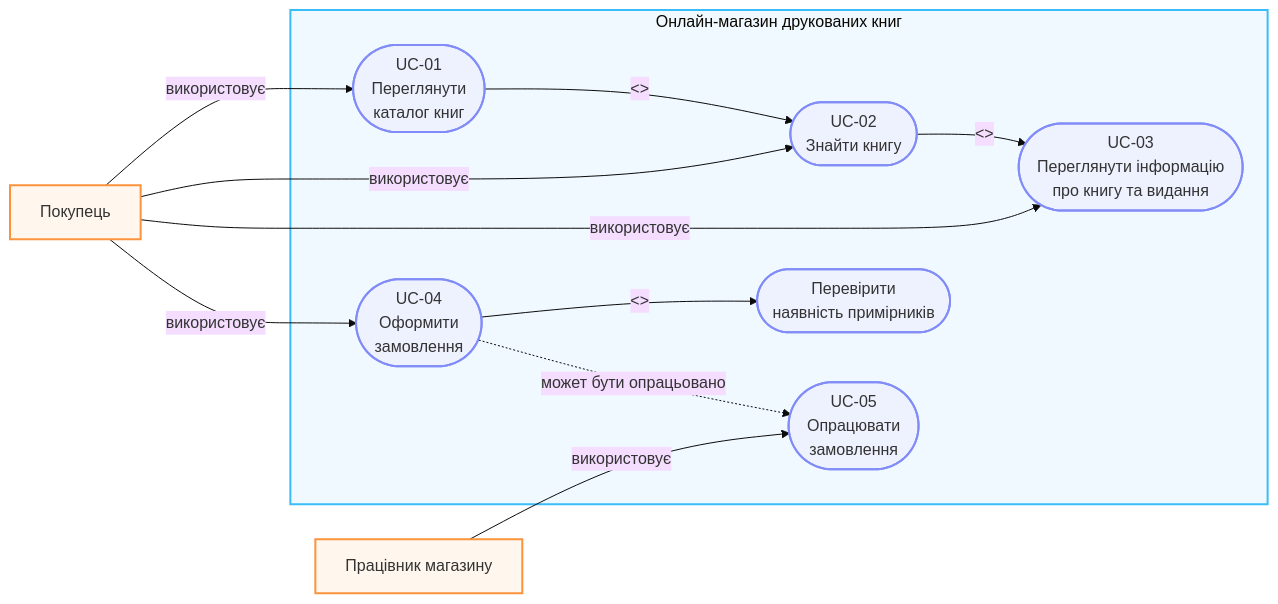
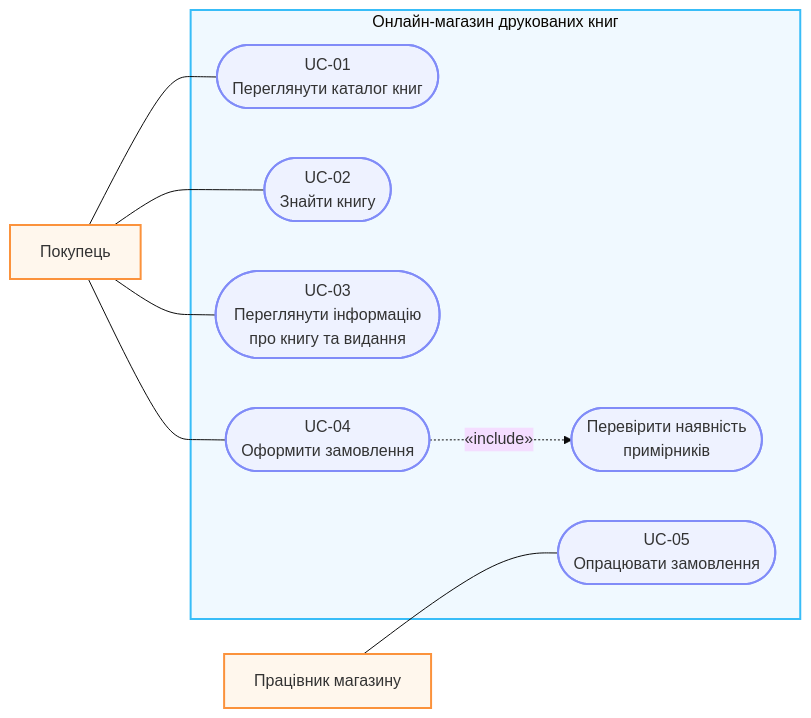
One commit to LilG3ra/MAVPZ changed the diagram in task-2-requirements-use-case/diagrams/UC.mmd. Above: the diagram before and after it, drawn with Mermaid (base theme).

Commit message:
update: Оновлено код діаграми

```diff
--- a/task-2-requirements-use-case/diagrams/UC.mmd
+++ b/task-2-requirements-use-case/diagrams/UC.mmd
@@ -1,33 +1,27 @@
 flowchart LR
-    subgraph system ["Онлайн-магазин друкованих книг"]
-        UC01(["UC-01<br/>Переглянути<br/>каталог книг"])
-        UC02(["UC-02<br/>Знайти книгу"])
-        UC03(["UC-03<br/>Переглянути інформацію<br/>про книгу та видання"])
-        UC04(["UC-04<br/>Оформити<br/>замовлення"])
-        UC05(["UC-05<br/>Опрацювати<br/>замовлення"])
-        checkStock(["Перевірити<br/>наявність примірників"])
-    end
-
     buyer["Покупець"]
     staff["Працівник магазину"]
 
-    buyer -->|"використовує"| UC01
-    buyer -->|"використовує"| UC02
-    buyer -->|"використовує"| UC03
-    buyer -->|"використовує"| UC04
+    subgraph system ["Онлайн-магазин друкованих книг"]
+        UC01(["UC-01<br/>Переглянути каталог книг"])
+        UC02(["UC-02<br/>Знайти книгу"])
+        UC03(["UC-03<br/>Переглянути інформацію<br/>про книгу та видання"])
+        UC04(["UC-04<br/>Оформити замовлення"])
+        checkStock(["Перевірити наявність<br/>примірників"])
+        UC05(["UC-05<br/>Опрацювати замовлення"])
+    end
 
-    UC01 -->|"<<include>>"| UC02
-    UC02 -->|"<<include>>"| UC03
-    UC04 -->|"<<include>>"| checkStock
-
-    staff -->|"використовує"| UC05
-    UC04 -.->|"может бути опрацьовано"| UC05
+    buyer --- UC01
+    buyer --- UC02
+    buyer --- UC03
+    buyer --- UC04
+    staff --- UC05
+    UC04 -.->|"«include»"| checkStock
 
     classDef systemBoundary fill:#f0f9ff,stroke:#38bdf8,stroke-width:2px
     classDef usecase fill:#eef2ff,stroke:#818cf8,stroke-width:2px
     classDef actor fill:#fff7ed,stroke:#fb923c,stroke-width:2px
-    classDef subSystem fill:#f5f3ff,stroke:#a78bfa,stroke-width:1px
 
     class system systemBoundary
     class UC01,UC02,UC03,UC04,UC05,checkStock usecase
     class buyer,staff actor
```
